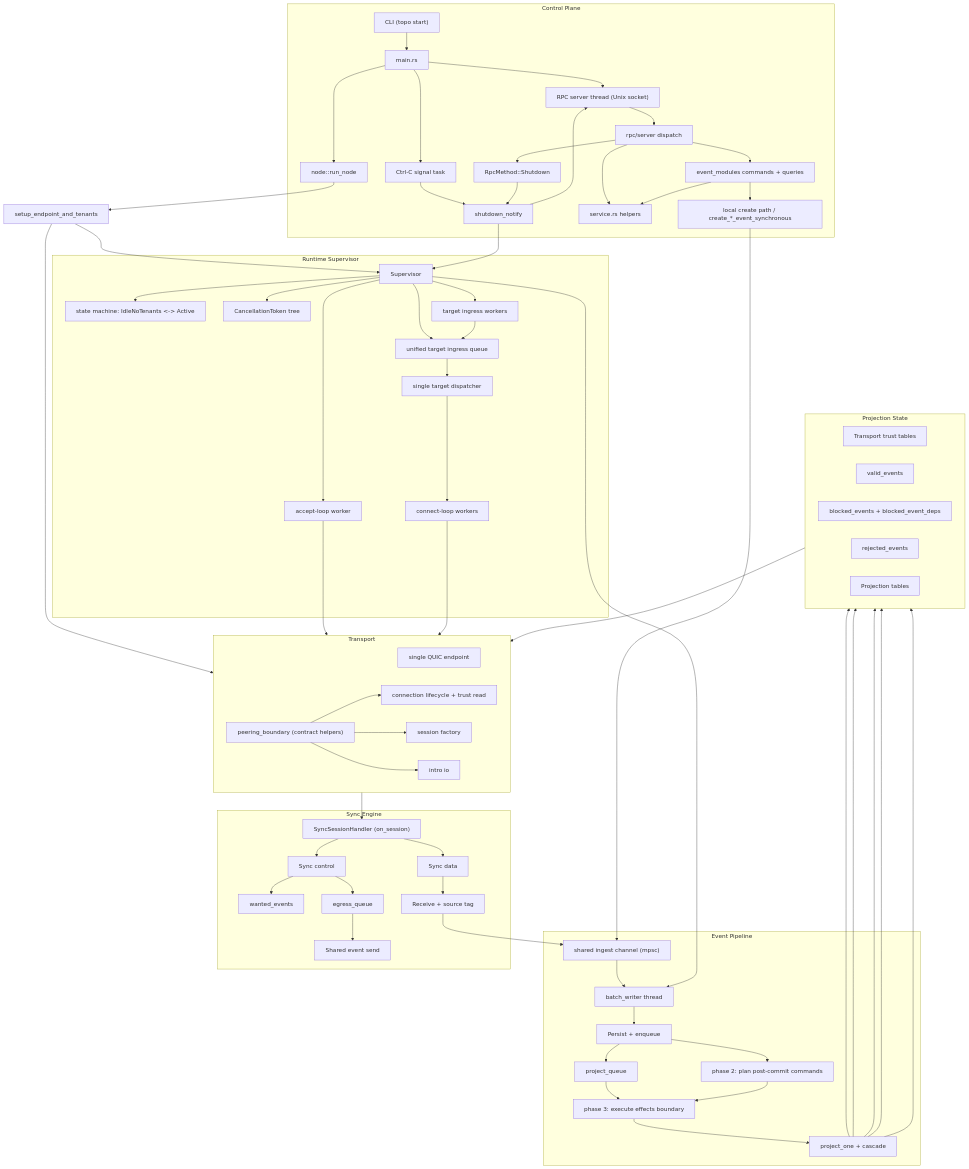
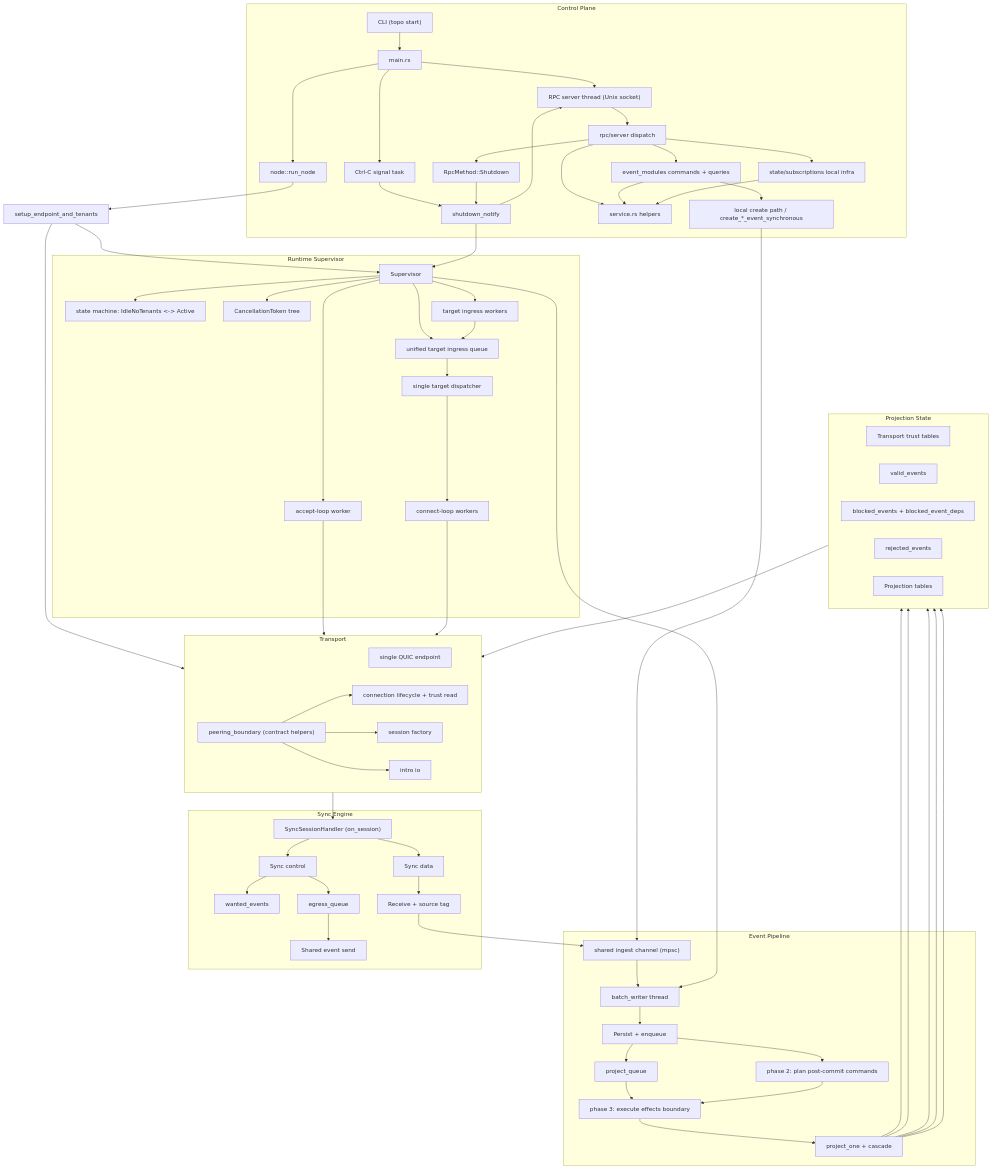
The fifth of 10 diagrams in docs/DESIGN_DIAGRAMS.md (holmesworcester/topo), drawn with Mermaid before and after one commit. The commit also changed other lines of this file and 16 other files, not shown here.

```diff
--- a/docs/DESIGN_DIAGRAMS.md
+++ b/docs/DESIGN_DIAGRAMS.md
@@ -133,8 +135,10 @@
       DISPATCH --> SHUT_REQ["RpcMethod::Shutdown"]
       SHUT_REQ --> SHUT_N
       DISPATCH --> EMQ["event_modules commands + queries"]
+      DISPATCH --> SUBQ["state/subscriptions local infra"]
       DISPATCH --> SVC["service.rs helpers"]
       EMQ --> SVC
+      SUBQ --> SVC
       EMQ --> LOCAL["local create path / create_*_event_synchronous"]
     end
 
```
